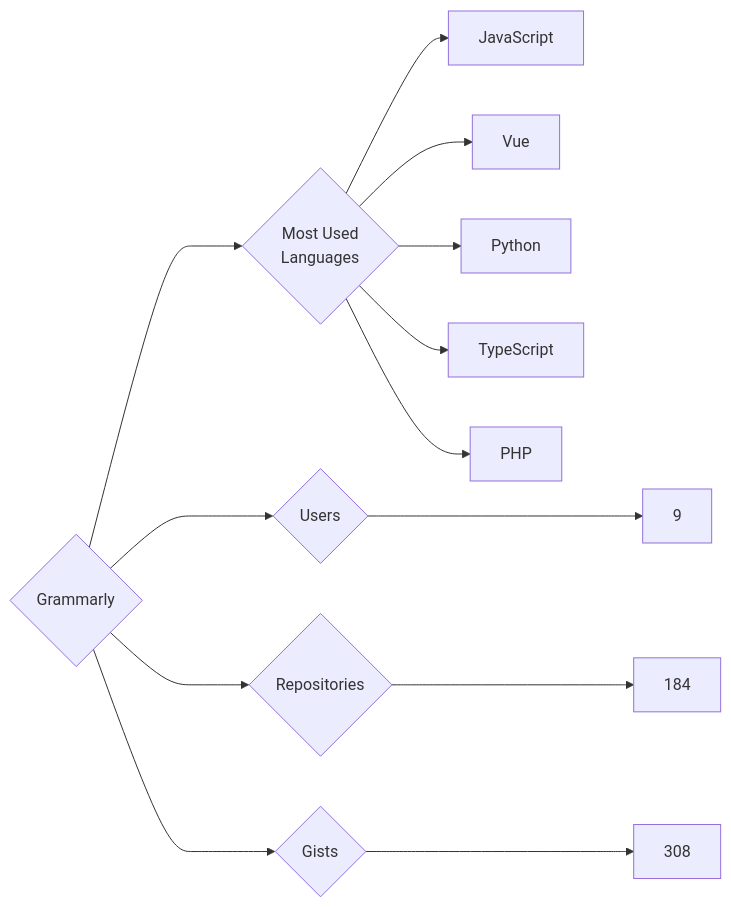
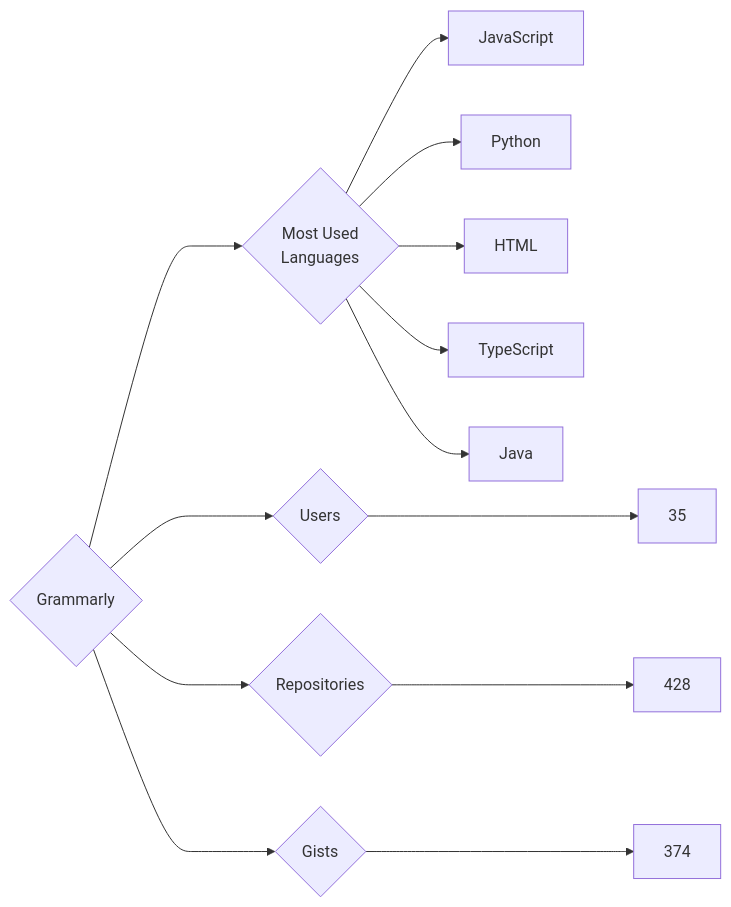
Before and after one commit to trickest/insiders: the diagram in targets/Grammarly/README.md, drawn with Mermaid. The commit also changed 861 other files, not shown here.

````diff
--- a/targets/Grammarly/README.md
+++ b/targets/Grammarly/README.md
@@ -3,13 +3,13 @@
 ```mermaid
 graph LR
 COMPANY_NAME{Grammarly}
-COMPANY_NAME ---> U{Users} ---> UN[9]
-COMPANY_NAME ---> R{Repositories} ---> RN[184]
-COMPANY_NAME ---> G{Gists} ---> GN[308]
+COMPANY_NAME ---> U{Users} ---> UN[35]
+COMPANY_NAME ---> R{Repositories} ---> RN[428]
+COMPANY_NAME ---> G{Gists} ---> GN[374]
 COMPANY_NAME ---> ML{Most Used<br>Languages}
 ML --> JavaScript[JavaScript]
-ML --> Vue[Vue]
 ML --> Python[Python]
+ML --> HTML[HTML]
 ML --> TypeScript[TypeScript]
-ML --> PHP[PHP]
+ML --> Java[Java]
 ```
````
